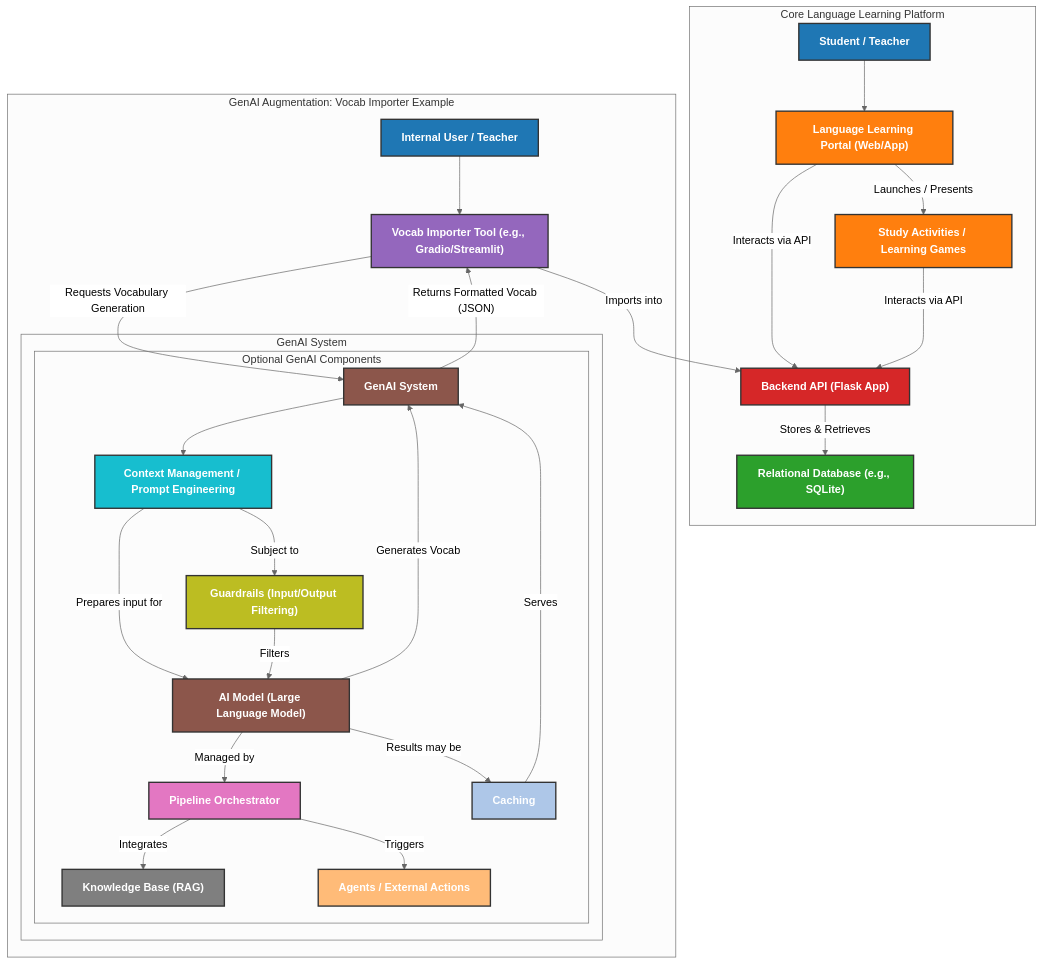
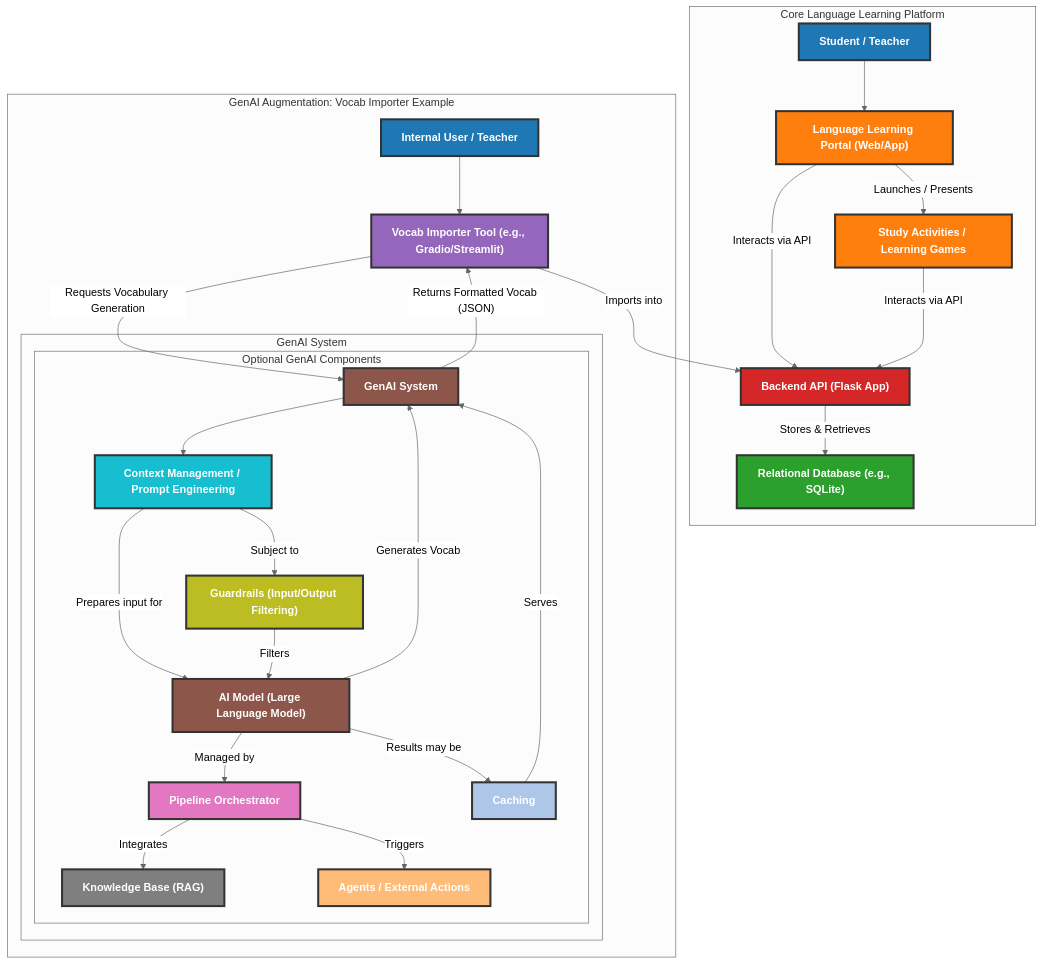
The diagram in README.md (MAHALAKSHMImahalakshmi/learnGenAi), drawn with Mermaid (neutral theme) before and after one commit.

````diff
--- a/README.md
+++ b/README.md
@@ -2,59 +2,59 @@
 ```mermaid
 graph TD
     subgraph Core Language Learning Platform
         User["Student / Teacher"] --> FrontEnd["Language Learning Portal (Web/App)"]
         FrontEnd -- "Interacts via API" --> BackEnd["Backend API (Flask App)"]
         BackEnd -- "Stores & Retrieves" --> Database["Relational Database (e.g., SQLite)"]
         FrontEnd -- "Launches / Presents" --> StudyActivities["Study Activities / Learning Games"]
         StudyActivities -- "Interacts via API" --> BackEnd
     end
 
     subgraph GenAI Augmentation: Vocab Importer Example
         InternalUser["Internal User / Teacher"] --> VocabImporter["Vocab Importer Tool (e.g., Gradio/Streamlit)"]
         VocabImporter -- "Requests Vocabulary Generation" --> GenAISystem["GenAI System"]
 
         subgraph GenAI System
             GenAISystem --> ContextManagement["Context Management / Prompt Engineering"]
             ContextManagement -- "Prepares input for" --> LLM["AI Model (Large Language Model)"]
             LLM -- "Generates Vocab" --> GenAISystem
 
             subgraph Optional GenAI Components
                 GuardRails["Guardrails (Input/Output Filtering)"]
                 PipelineOrchestrator["Pipeline Orchestrator"]
                 KnowledgeBase["Knowledge Base (RAG)"]
                 Agents["Agents / External Actions"]
                 Caching["Caching"]
 
                 ContextManagement -- "Subject to" --> GuardRails
                 GuardRails -- "Filters" --> LLM
                 LLM -- "Managed by" --> PipelineOrchestrator
                 PipelineOrchestrator -- "Integrates" --> KnowledgeBase
                 PipelineOrchestrator -- "Triggers" --> Agents
                 LLM -- "Results may be" --> Caching
                 Caching -- "Serves" --> GenAISystem
             end
         end
 
         GenAISystem -- "Returns Formatted Vocab (JSON)" --> VocabImporter
         VocabImporter -- "Imports into" --> BackEnd
     end
 
-    style User fill:#1F77B4,stroke:#333,stroke-width:2px,color:#fff,font-weight:bold
-    style FrontEnd fill:#FF7F0E,stroke:#333,stroke-width:2px,color:#fff,font-weight:bold
-    style BackEnd fill:#D62728,stroke:#333,stroke-width:2px,color:#fff,font-weight:bold
-    style Database fill:#2CA02C,stroke:#333,stroke-width:2px,color:#fff,font-weight:bold
-    style StudyActivities fill:#FF7F0E,stroke:#333,stroke-width:2px,color:#fff,font-weight:bold
-    style InternalUser fill:#1F77B4,stroke:#333,stroke-width:2px,color:#fff,font-weight:bold
-    style VocabImporter fill:#9467BD,stroke:#333,stroke-width:2px,color:#fff,font-weight:bold
-    style GenAISystem fill:#8C564B,stroke:#333,stroke-width:2px,color:#fff,font-weight:bold
-    style ContextManagement fill:#17BECF,stroke:#333,stroke-width:2px,color:#fff,font-weight:bold
-    style LLM fill:#8C564B,stroke:#333,stroke-width:2px,color:#fff,font-weight:bold
-    style GuardRails fill:#BCBD22,stroke:#333,stroke-width:2px,color:#fff,font-weight:bold
-    style PipelineOrchestrator fill:#E377C2,stroke:#333,stroke-width:2px,color:#fff,font-weight:bold
-    style KnowledgeBase fill:#7F7F7F,stroke:#333,stroke-width:2px,color:#fff,font-weight:bold
-    style Agents fill:#FFBB78,stroke:#333,stroke-width:2px,color:#fff,font-weight:bold
-    style Caching fill:#AEC7E8,stroke:#333,stroke-width:2px,color:#fff,font-weight:bold
+    style User fill:#1F77B4,stroke:#333,stroke-width:3px,color:#fff,font-weight:bold
+    style FrontEnd fill:#FF7F0E,stroke:#333,stroke-width:3px,color:#fff,font-weight:bold
+    style BackEnd fill:#D62728,stroke:#333,stroke-width:3px,color:#fff,font-weight:bold
+    style Database fill:#2CA02C,stroke:#333,stroke-width:3px,color:#fff,font-weight:bold
+    style StudyActivities fill:#FF7F0E,stroke:#333,stroke-width:3px,color:#fff,font-weight:bold
+    style InternalUser fill:#1F77B4,stroke:#333,stroke-width:3px,color:#fff,font-weight:bold
+    style VocabImporter fill:#9467BD,stroke:#333,stroke-width:3px,color:#fff,font-weight:bold
+    style GenAISystem fill:#8C564B,stroke:#333,stroke-width:3px,color:#fff,font-weight:bold
+    style ContextManagement fill:#17BECF,stroke:#333,stroke-width:3px,color:#fff,font-weight:bold
+    style LLM fill:#8C564B,stroke:#333,stroke-width:3px,color:#fff,font-weight:bold
+    style GuardRails fill:#BCBD23,stroke:#333,stroke-width:3px,color:#fff,font-weight:bold
+    style PipelineOrchestrator fill:#E377C2,stroke:#333,stroke-width:3px,color:#fff,font-weight:bold
+    style KnowledgeBase fill:#7F7F7F,stroke:#333,stroke-width:3px,color:#fff,font-weight:bold
+    style Agents fill:#FFBB78,stroke:#333,stroke-width:3px,color:#fff,font-weight:bold
+    style Caching fill:#AEC7E8,stroke:#333,stroke-width:3px,color:#fff,font-weight:bold
 
 
 
 ```
````
